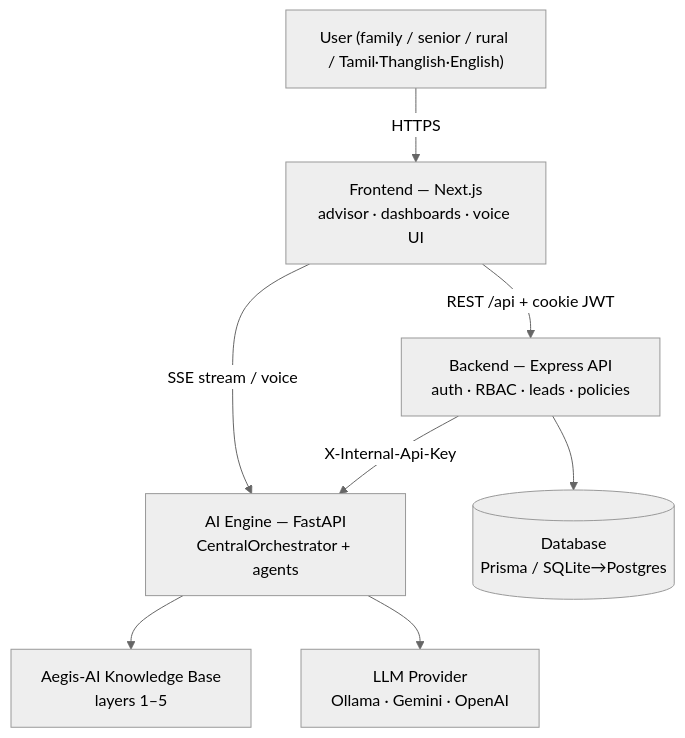
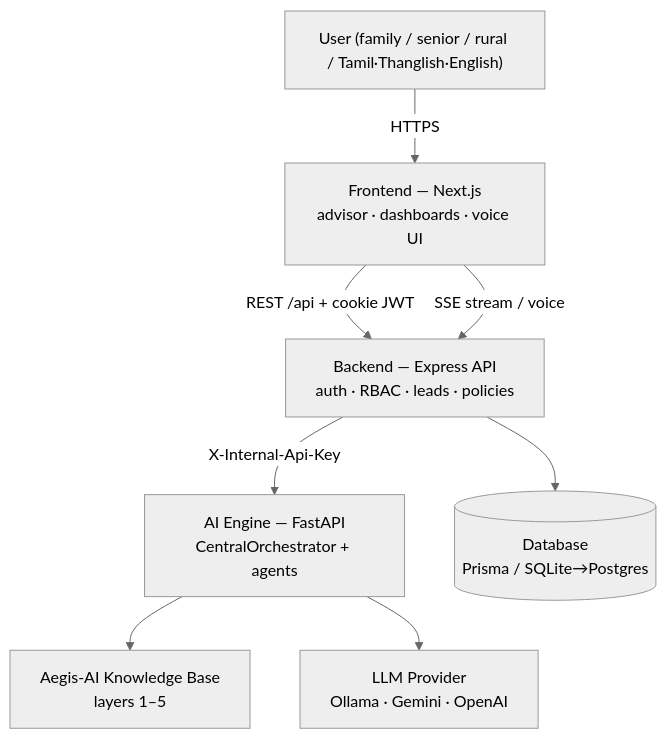
The first of 9 diagrams in ARCHITECTURE.md (srinivaspanneerlm-cyber/Aegis-Insurance-Agent), drawn with Mermaid (neutral theme) before and after one commit. The commit also changed other lines of this file and 4 other files, not shown here.

````diff
--- a/ARCHITECTURE.md
+++ b/ARCHITECTURE.md
@@ -28,18 +28,18 @@
 ```mermaid
 graph TD
     U["User (family / senior / rural / Tamil·Thanglish·English)"]
     FE["Frontend — Next.js\nadvisor · dashboards · voice UI"]
     BE["Backend — Express API\nauth · RBAC · leads · policies"]
     AI["AI Engine — FastAPI\nCentralOrchestrator + agents"]
     KB["Aegis-AI Knowledge Base\nlayers 1–5"]
     DB[("Database\nPrisma / SQLite→Postgres")]
     LLM["LLM Provider\nOllama · Gemini · OpenAI"]
 
     U -->|HTTPS| FE
     FE -->|REST /api + cookie JWT| BE
-    FE -->|SSE stream / voice| AI
+    FE -->|SSE stream / voice| BE
     BE -->|X-Internal-Api-Key| AI
     BE --> DB
     AI --> KB
     AI --> LLM
 ```
````
